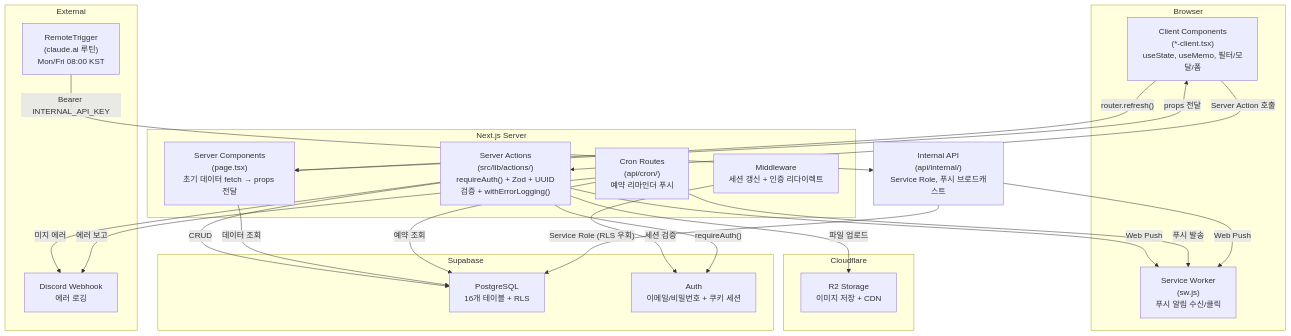
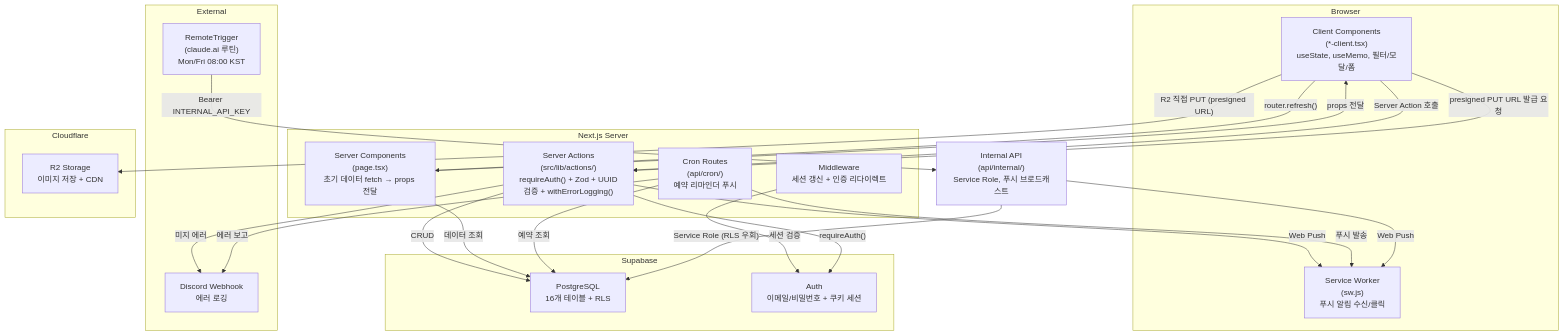
One commit to flori-ai-kr/web changed the first of 4 diagrams in docs/ARCHITECTURE.md. Above: the diagram before and after it, drawn with Mermaid. The commit also changed other lines of this file and 9 other files, not shown here.

First line of the commit message:
fix: 사진 업로드 Vercel 4.5MB 제한 해소 — R2 presigned 직접 업로드 (#59)

````diff
--- a/docs/ARCHITECTURE.md
+++ b/docs/ARCHITECTURE.md
@@ -11,45 +11,46 @@
 ```mermaid
 graph TB
     subgraph Browser
         CC["Client Components<br/>(*-client.tsx)<br/>useState, useMemo, 필터/모달/폼"]
         SW["Service Worker<br/>(sw.js)<br/>푸시 알림 수신/클릭"]
     end
 
     subgraph NextServer["Next.js Server"]
         MW["Middleware<br/>세션 갱신 + 인증 리다이렉트"]
         SC["Server Components<br/>(page.tsx)<br/>초기 데이터 fetch → props 전달"]
         SA["Server Actions<br/>(src/lib/actions/)<br/>requireAuth() + Zod + UUID검증 + withErrorLogging()"]
         CR["Cron Routes<br/>(api/cron/)<br/>예약 리마인더 푸시"]
     end
 
     subgraph External
         DC["Discord Webhook<br/>에러 로깅"]
         RT["RemoteTrigger<br/>(claude.ai 루틴)<br/>Mon/Fri 08:00 KST"]
     end
 
     subgraph Supabase
         PG["PostgreSQL<br/>16개 테이블 + RLS"]
         AU["Auth<br/>이메일/비밀번호 + 쿠키 세션"]
     end
 
     subgraph Cloudflare
         R2["R2 Storage<br/>이미지 저장 + CDN"]
     end
 
     CC -->|"Server Action 호출"| SA
+    CC -->|"presigned PUT URL 발급 요청"| SA
+    CC -->|"R2 직접 PUT (presigned URL)"| R2
     CC -->|"router.refresh()"| SC
     SC -->|"props 전달"| CC
     MW -->|"세션 검증"| AU
     SA -->|"requireAuth()"| AU
     SA -->|"CRUD"| PG
-    SA -->|"파일 업로드"| R2
     SA -->|"미지 에러"| DC
     SA -->|"Web Push"| SW
     SC -->|"데이터 조회"| PG
     CR -->|"예약 조회"| PG
     CR -->|"푸시 발송"| SW
     CR -->|"에러 보고"| DC
     RT -->|"Bearer INTERNAL_API_KEY"| IA["Internal API<br/>(api/internal/)<br/>Service Role, 푸시 브로드캐스트"]
     IA -->|"Service Role (RLS 우회)"| PG
     IA -->|"Web Push"| SW
 ```
````
